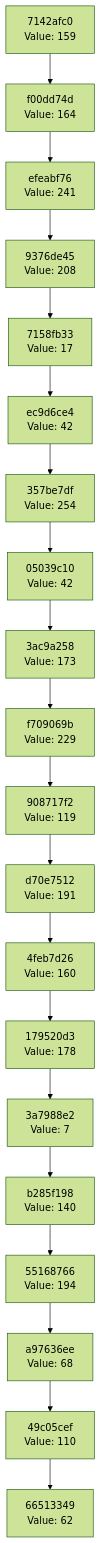
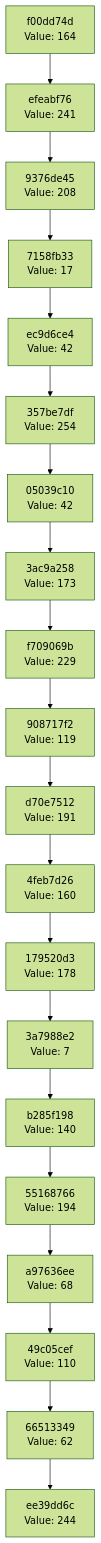
The diagram in docs/CHAIN_VISUALIZATION.md (Abhisheksinha1506/hash-chain-evolver), drawn with Mermaid (forest theme) before and after one commit. The commit also changed 2 other files, not shown here.

Commit message:
Evolution Step

````diff
--- a/docs/CHAIN_VISUALIZATION.md
+++ b/docs/CHAIN_VISUALIZATION.md
@@ -3,42 +3,42 @@
 ```mermaid
 graph TD
-    C0["66513349<br/>Value: 62"]
-    C1["49c05cef<br/>Value: 110"]
+    C0["ee39dd6c<br/>Value: 244"]
+    C1["66513349<br/>Value: 62"]
     C1 --> C0
-    C2["a97636ee<br/>Value: 68"]
+    C2["49c05cef<br/>Value: 110"]
     C2 --> C1
-    C3["55168766<br/>Value: 194"]
+    C3["a97636ee<br/>Value: 68"]
     C3 --> C2
-    C4["b285f198<br/>Value: 140"]
+    C4["55168766<br/>Value: 194"]
     C4 --> C3
-    C5["3a7988e2<br/>Value: 7"]
+    C5["b285f198<br/>Value: 140"]
     C5 --> C4
-    C6["179520d3<br/>Value: 178"]
+    C6["3a7988e2<br/>Value: 7"]
     C6 --> C5
-    C7["4feb7d26<br/>Value: 160"]
+    C7["179520d3<br/>Value: 178"]
     C7 --> C6
-    C8["d70e7512<br/>Value: 191"]
+    C8["4feb7d26<br/>Value: 160"]
     C8 --> C7
-    C9["908717f2<br/>Value: 119"]
+    C9["d70e7512<br/>Value: 191"]
     C9 --> C8
-    C10["f709069b<br/>Value: 229"]
+    C10["908717f2<br/>Value: 119"]
     C10 --> C9
-    C11["3ac9a258<br/>Value: 173"]
+    C11["f709069b<br/>Value: 229"]
     C11 --> C10
-    C12["05039c10<br/>Value: 42"]
+    C12["3ac9a258<br/>Value: 173"]
     C12 --> C11
-    C13["357be7df<br/>Value: 254"]
+    C13["05039c10<br/>Value: 42"]
     C13 --> C12
-    C14["ec9d6ce4<br/>Value: 42"]
+    C14["357be7df<br/>Value: 254"]
     C14 --> C13
-    C15["7158fb33<br/>Value: 17"]
+    C15["ec9d6ce4<br/>Value: 42"]
     C15 --> C14
-    C16["9376de45<br/>Value: 208"]
+    C16["7158fb33<br/>Value: 17"]
     C16 --> C15
-    C17["efeabf76<br/>Value: 241"]
+    C17["9376de45<br/>Value: 208"]
     C17 --> C16
-    C18["f00dd74d<br/>Value: 164"]
+    C18["efeabf76<br/>Value: 241"]
     C18 --> C17
-    C19["7142afc0<br/>Value: 159"]
+    C19["f00dd74d<br/>Value: 164"]
     C19 --> C18
 ```
````
